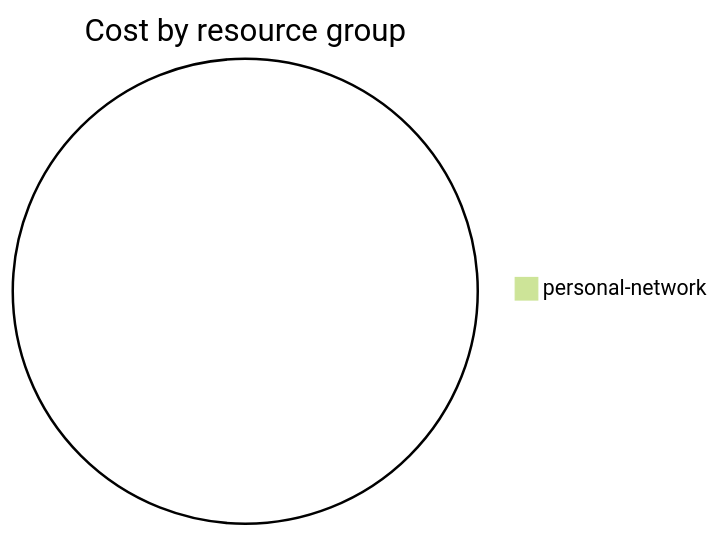
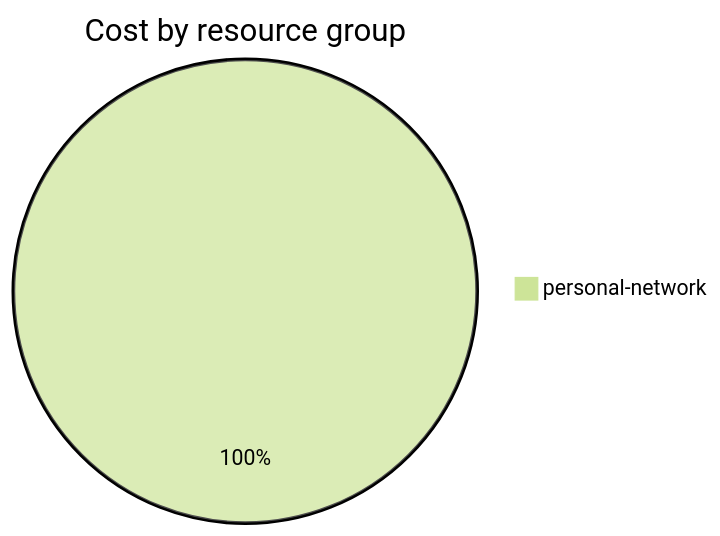
One commit to jpfulton/azure-personal-reports changed the fourth of 4 diagrams in cost-reports/personal-network/ubuntu-vpn-server-spot_OsDisk_snapshot_20130915.md. Above: the diagram before and after it, drawn with Mermaid (forest theme). The commit also changed other lines of this file and 16 other files, not shown here.

````diff
--- a/cost-reports/personal-network/ubuntu-vpn-server-spot_OsDisk_snapshot_20130915.md
+++ b/cost-reports/personal-network/ubuntu-vpn-server-spot_OsDisk_snapshot_20130915.md
@@ -59,5 +61,5 @@
 ```mermaid
 pie
    title Cost by resource group
-   "personal-network" : 0.00
+   "personal-network" : 0.01
 ```
````
